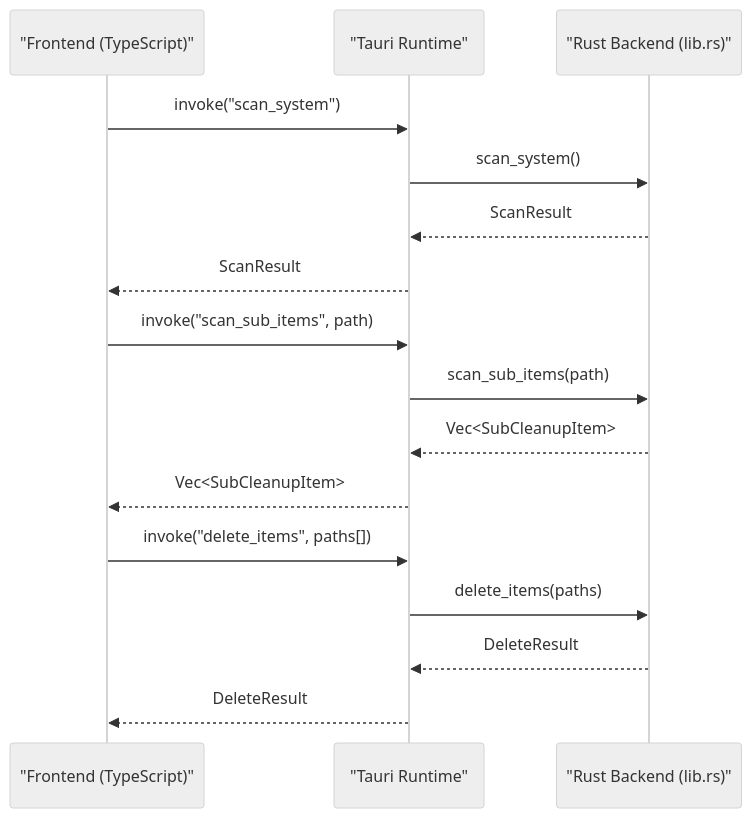
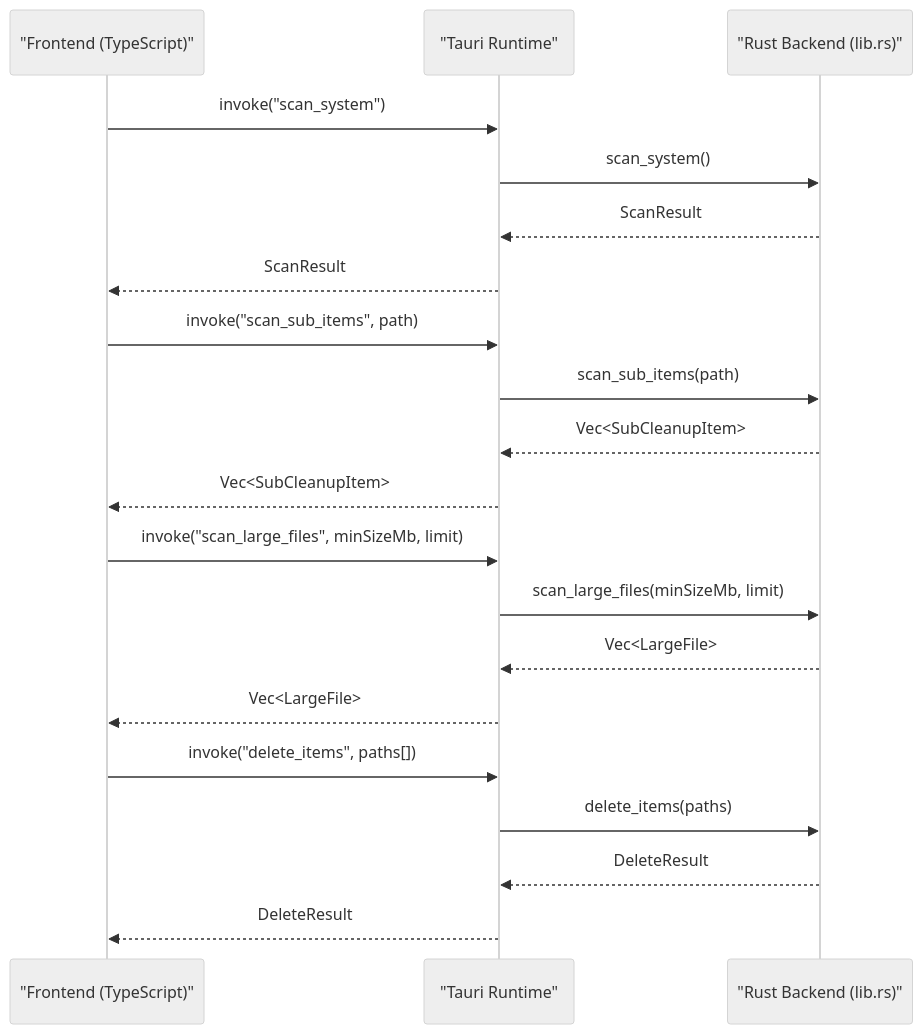
Before and after one commit to mrtruongleo/FreeSpaceMacos: the second of 4 diagrams in .qoder/repowiki/en/content/Technical Implementation Details/Backend Architecture (Rust)/Data Models and Structures.md, drawn with Mermaid (neutral theme). The commit also changed other lines of this file and 31 other files, not shown here.

````diff
--- a/.qoder/repowiki/en/content/Technical Implementation Details/Backend Architecture (Rust)/Data Models and Structures.md
+++ b/.qoder/repowiki/en/content/Technical Implementation Details/Backend Architecture (Rust)/Data Models and Structures.md
@@ -74,18 +86,22 @@
 ```mermaid
 sequenceDiagram
 participant FE as "Frontend (TypeScript)"
 participant Tauri as "Tauri Runtime"
 participant Lib as "Rust Backend (lib.rs)"
 FE->>Tauri : invoke("scan_system")
 Tauri->>Lib : scan_system()
 Lib-->>Tauri : ScanResult
 Tauri-->>FE : ScanResult
 FE->>Tauri : invoke("scan_sub_items", path)
 Tauri->>Lib : scan_sub_items(path)
 Lib-->>Tauri : Vec<SubCleanupItem>
 Tauri-->>FE : Vec<SubCleanupItem>
+FE->>Tauri : invoke("scan_large_files", minSizeMb, limit)
+Tauri->>Lib : scan_large_files(minSizeMb, limit)
+Lib-->>Tauri : Vec<LargeFile>
+Tauri-->>FE : Vec<LargeFile>
 FE->>Tauri : invoke("delete_items", paths[])
 Tauri->>Lib : delete_items(paths)
 Lib-->>Tauri : DeleteResult
 Tauri-->>FE : DeleteResult
 ```
````
